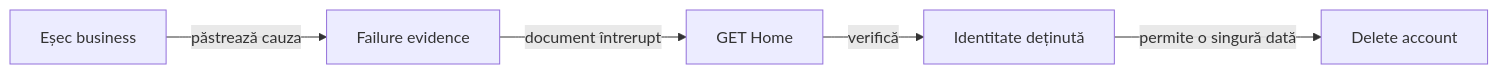
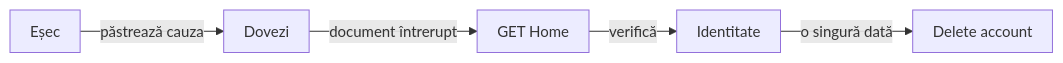
Before and after one commit to crististefanita/atf_j0: the fourth of 9 diagrams in atf-test-auto-ex/README.md, drawn with Mermaid. The commit also changed other lines of this file and 97 other files, not shown here.

````diff
--- a/atf-test-auto-ex/README.md
+++ b/atf-test-auto-ex/README.md
@@ -498,7 +542,8 @@
 ```mermaid
+%%{init: {"themeVariables":{"fontSize":"15px"},"themeCSS":".nodeLabel, .nodeLabel p { font-size: 15px !important; line-height: 1.35 !important; } .edgeLabel, .edgeLabel p { font-size: 12px !important; font-weight: 400 !important; line-height: 1.2 !important; } .edgeLabel .labelBkg, .edgeLabel p { background: transparent !important; } .edgeLabel foreignObject { transform: translateY(-18px); overflow: visible; } .node rect { rx: 6px; ry: 6px; }","flowchart":{"curve":"linear","nodeSpacing":24,"rankSpacing":40,"padding":10,"diagramPadding":16}}}%%
 flowchart LR
-    Failure[Eșec business] -->|păstrează cauza| Evidence[Failure evidence]
+    Failure["Eșec"] -->|păstrează cauza| Evidence["Dovezi"]
     Evidence -->|document întrerupt| Home[GET Home]
-    Home -->|verifică| Identity[Identitate deținută]
-    Identity -->|permite o singură dată| Delete[Delete account]
+    Home -->|verifică| Identity["Identitate"]
+    Identity -->|o singură dată| Delete[Delete account]
 ```
````
